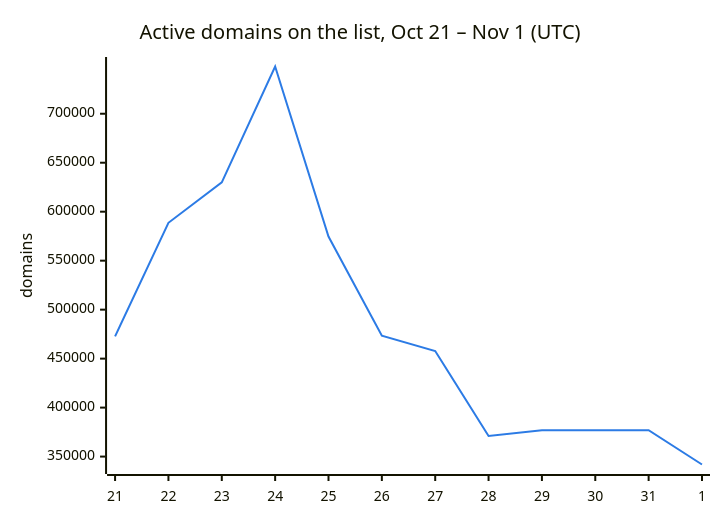
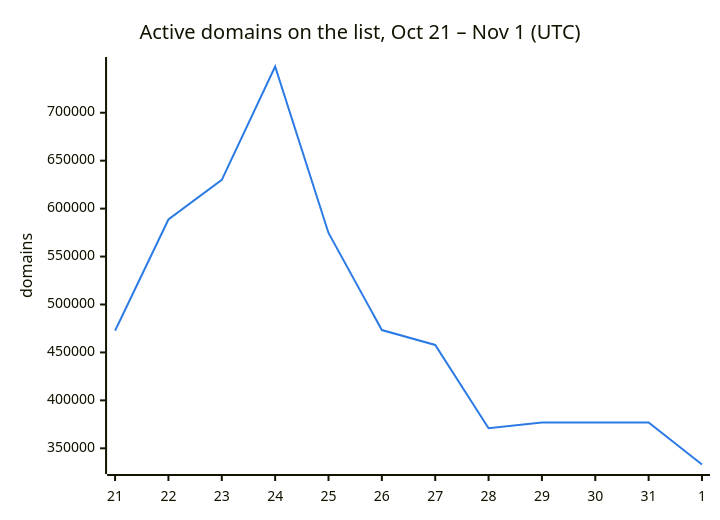
One commit to DNSBunker/CTI changed the second of 3 diagrams in README.md. Above: the diagram before and after it, drawn with Mermaid. The commit also changed other lines of this file and 3 other files, not shown here.

````diff
--- a/README.md
+++ b/README.md
@@ -38,8 +38,8 @@
 ```mermaid
 %%{init: {"themeVariables": {"xyChart": {"plotColorPalette": "#2c7be5"}}}}%%
 xychart-beta
     title "Active domains on the list, Oct 21 – Nov 1 (UTC)"
     x-axis ["21", "22", "23", "24", "25", "26", "27", "28", "29", "30", "31", "1"]
     y-axis "domains"
-    line [472713, 588659, 629951, 748222, 574614, 473331, 457795, 371010, 376945, 376945, 376945, 341915]
+    line [472713, 588659, 629951, 748222, 574614, 473331, 457795, 371010, 376945, 376945, 376945, 333120]
 ```
````
